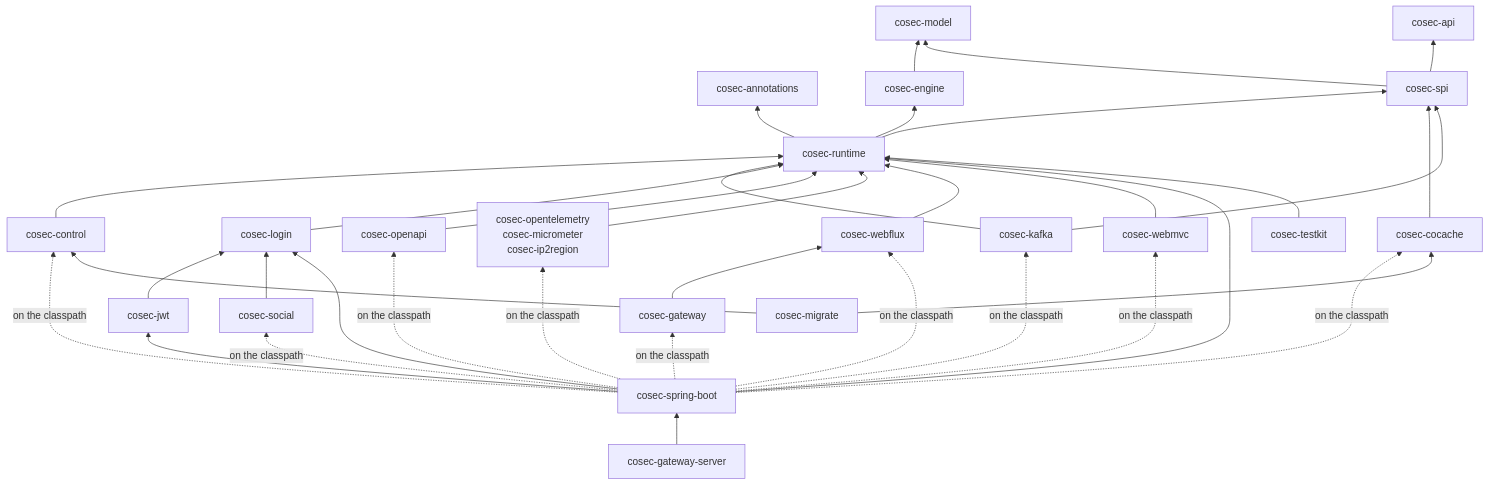
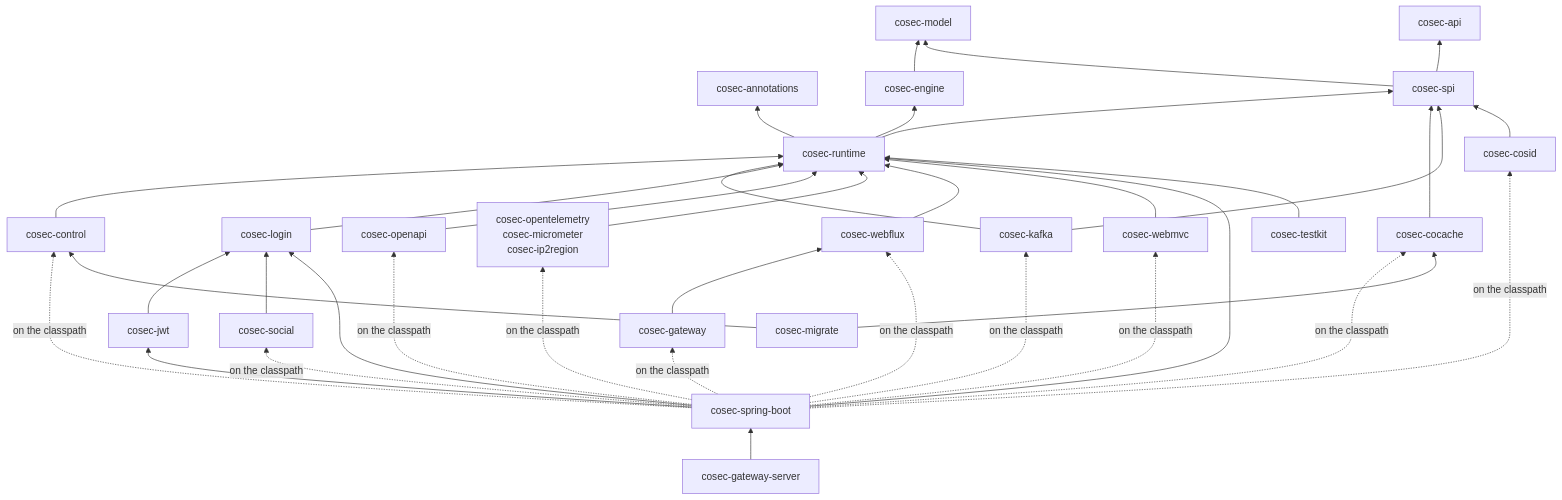
The first of 3 diagrams in wiki/architecture/overview.md (Ahoo-Wang/CoSec), drawn with Mermaid before and after one commit. The commit also changed other lines of this file and 86 other files, not shown here.

First line of the commit message:
refactor!: CoSec owns id generation; CosId moves to the optional cosec-cosid extension (CosId 5.0.0-alpha.2) (#1170)

````diff
--- a/wiki/architecture/overview.md
+++ b/wiki/architecture/overview.md
@@ -37,25 +37,26 @@
 ```mermaid
 flowchart BT
     annotations[cosec-annotations]
     api[cosec-api]
     model[cosec-model]
     engine[cosec-engine] --> model
     spi[cosec-spi] --> model & api
     runtime[cosec-runtime] --> engine & spi & annotations
     control[cosec-control] --> runtime
     cocache[cosec-cocache] --> spi
     kafka[cosec-kafka] --> spi & runtime
     login[cosec-login] --> runtime
     jwt[cosec-jwt] --> login
     social[cosec-social] --> login
     openapi[cosec-openapi] --> runtime
     listeners[cosec-opentelemetry<br>cosec-micrometer<br>cosec-ip2region] --> runtime
+    cosid[cosec-cosid] --> spi
     webflux[cosec-webflux] --> runtime
     webmvc[cosec-webmvc] --> runtime
     gateway[cosec-gateway] --> webflux
     starter[cosec-spring-boot] --> runtime & login & jwt
-    starter -. on the classpath .-> webflux & webmvc & gateway & cocache & control & kafka & social & listeners & openapi
+    starter -. on the classpath .-> webflux & webmvc & gateway & cocache & control & kafka & social & listeners & openapi & cosid
     migrate[cosec-migrate] --> cocache & control
     testkit[cosec-testkit] --> runtime
     server[cosec-gateway-server] --> starter
 ```
````
